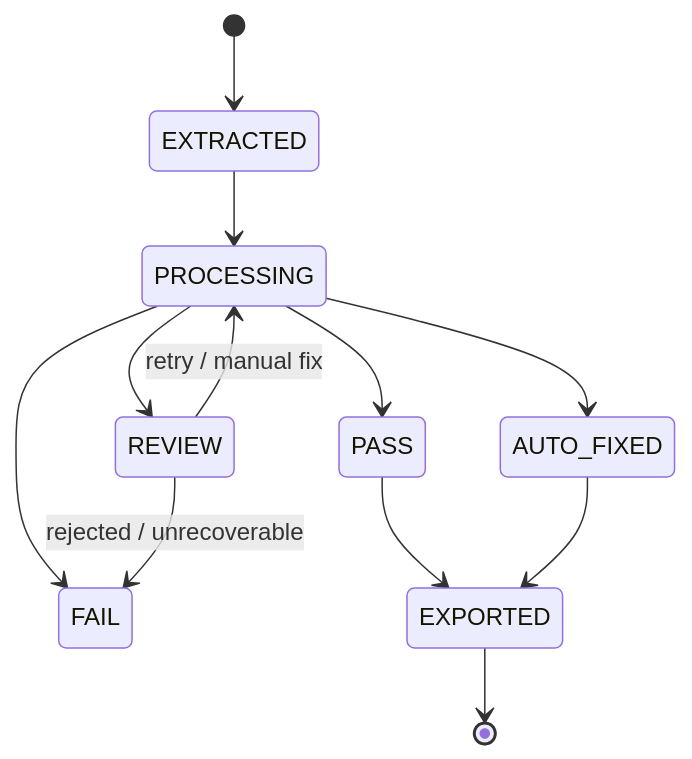
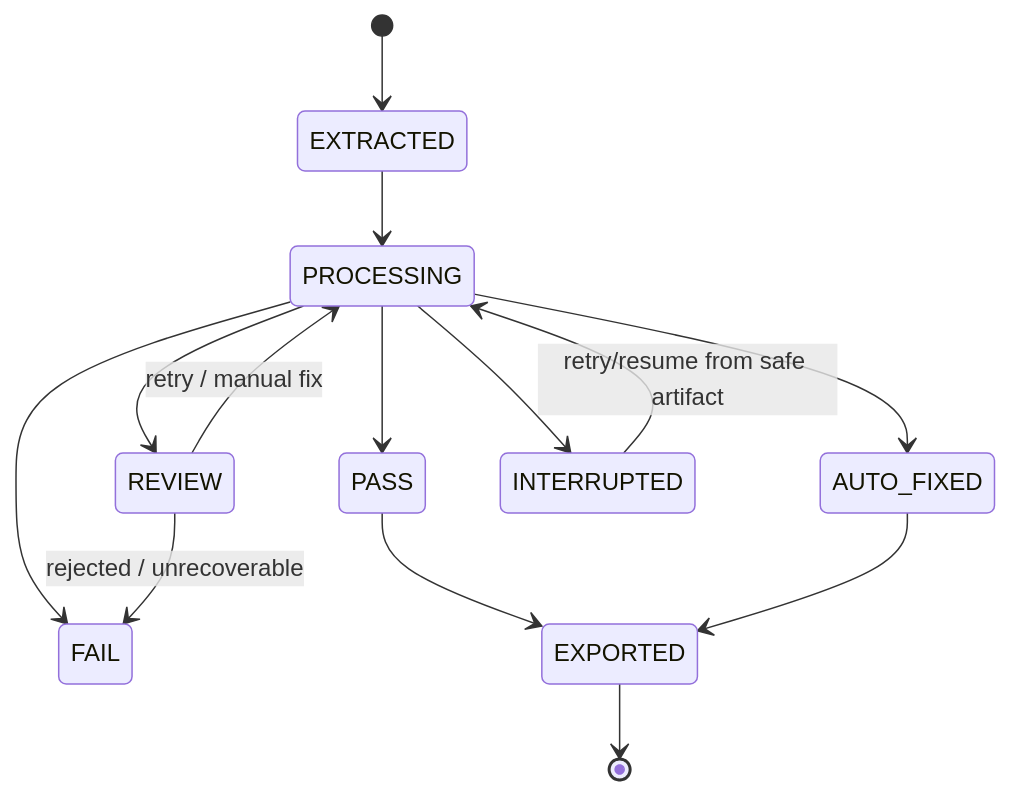
Before and after one commit to idev006/MTKrita: the second of 2 diagrams in docs/31_STATE_MACHINE_SPEC.md, drawn with Mermaid. The commit also changed other lines of this file, not shown here.

````diff
--- a/docs/31_STATE_MACHINE_SPEC.md
+++ b/docs/31_STATE_MACHINE_SPEC.md
@@ -27,14 +53,16 @@
 ```mermaid
 stateDiagram-v2
     [*] --> EXTRACTED
     EXTRACTED --> PROCESSING
     PROCESSING --> PASS
     PROCESSING --> AUTO_FIXED
     PROCESSING --> REVIEW
     PROCESSING --> FAIL
+    PROCESSING --> INTERRUPTED
+    INTERRUPTED --> PROCESSING: retry/resume from safe artifact
     REVIEW --> PROCESSING: retry / manual fix
     REVIEW --> FAIL: rejected / unrecoverable
     PASS --> EXPORTED
     AUTO_FIXED --> EXPORTED
     EXPORTED --> [*]
 ```
````
